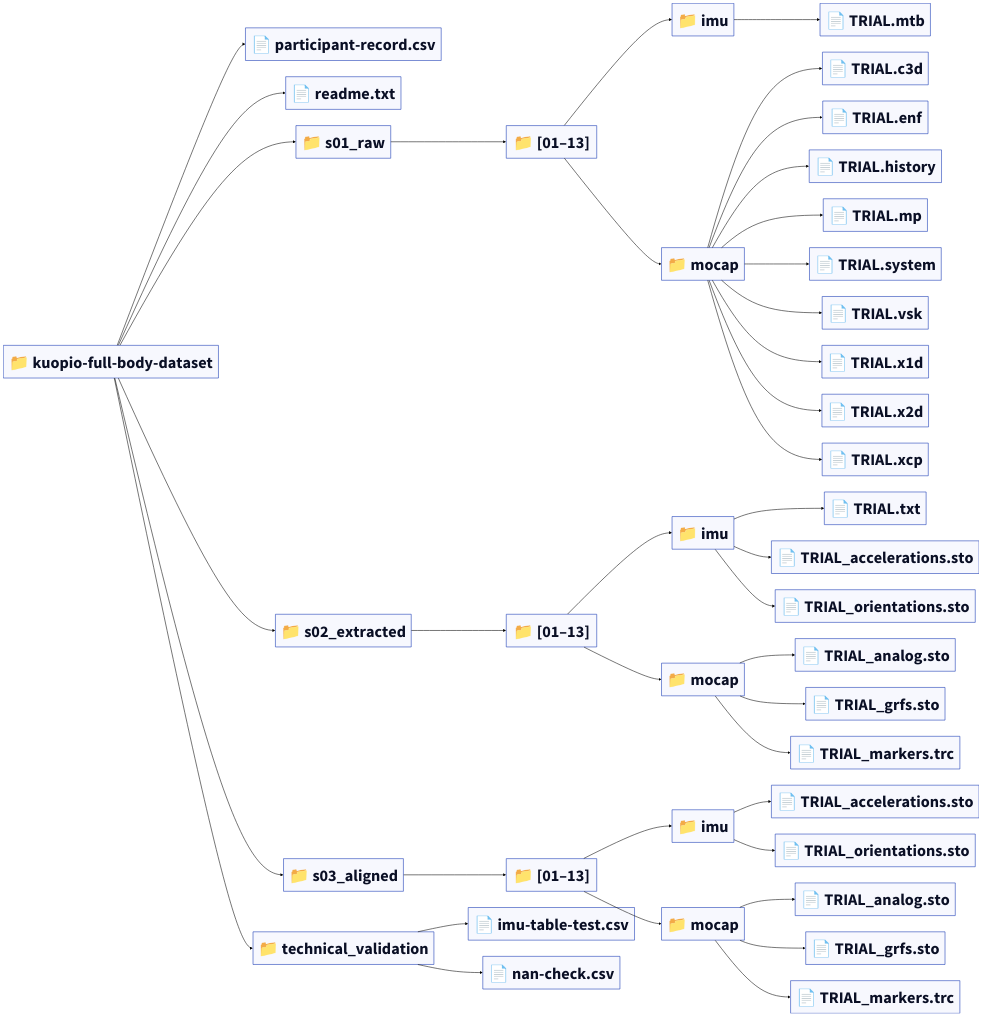
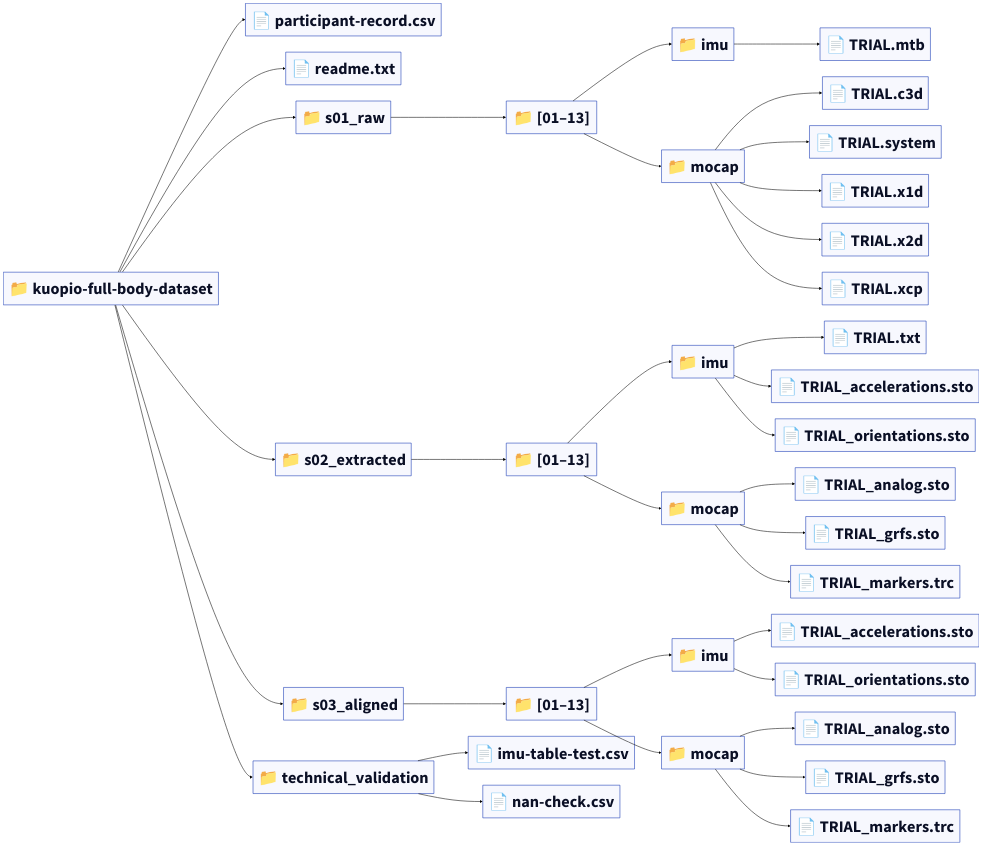
One commit to gateway240/kuopio-full-body-processing changed the diagram in dataset_graph.d2. Above: the diagram before and after it, drawn with D2. The commit also changed 3 other files, not shown here.

Commit message:
Add extension filter for graphing

```diff
--- a/dataset_graph.d2
+++ b/dataset_graph.d2
@@ -1,85 +1,77 @@
 direction: right
 
 **: {
 style.font-size: 60
 }
 (*** -> ***)[*]: {
 style.stroke: black
 }
 kuopio_full_body_dataset: "📁 kuopio-full-body-dataset"
 file_kuopio_full_body_dataset__root__file__participant_record_csv: "📄 participant-record.csv"
 kuopio_full_body_dataset -> file_kuopio_full_body_dataset__root__file__participant_record_csv
 file_kuopio_full_body_dataset__root__file__readme_txt: "📄 readme.txt"
 kuopio_full_body_dataset -> file_kuopio_full_body_dataset__root__file__readme_txt
 kuopio_full_body_dataset__s01_raw: "📁 s01_raw"
 kuopio_full_body_dataset -> kuopio_full_body_dataset__s01_raw
 kuopio_full_body_dataset__s01_raw___01_13_: "📁 [01–13]"
 kuopio_full_body_dataset__s01_raw -> kuopio_full_body_dataset__s01_raw___01_13_
 kuopio_full_body_dataset__s01_raw___01_13___imu: "📁 imu"
 kuopio_full_body_dataset__s01_raw___01_13_ -> kuopio_full_body_dataset__s01_raw___01_13___imu
 file_kuopio_full_body_dataset__s01_raw__participants__imu__TRIAL_mtb: "📄 TRIAL.mtb"
 kuopio_full_body_dataset__s01_raw___01_13___imu -> file_kuopio_full_body_dataset__s01_raw__participants__imu__TRIAL_mtb
 kuopio_full_body_dataset__s01_raw___01_13___mocap: "📁 mocap"
 kuopio_full_body_dataset__s01_raw___01_13_ -> kuopio_full_body_dataset__s01_raw___01_13___mocap
 file_kuopio_full_body_dataset__s01_raw__participants__mocap__TRIAL_c3d: "📄 TRIAL.c3d"
 kuopio_full_body_dataset__s01_raw___01_13___mocap -> file_kuopio_full_body_dataset__s01_raw__participants__mocap__TRIAL_c3d
-file_kuopio_full_body_dataset__s01_raw__participants__mocap__TRIAL_enf: "📄 TRIAL.enf"
-kuopio_full_body_dataset__s01_raw___01_13___mocap -> file_kuopio_full_body_dataset__s01_raw__participants__mocap__TRIAL_enf
-file_kuopio_full_body_dataset__s01_raw__participants__mocap__TRIAL_history: "📄 TRIAL.history"
-kuopio_full_body_dataset__s01_raw___01_13___mocap -> file_kuopio_full_body_dataset__s01_raw__participants__mocap__TRIAL_history
-file_kuopio_full_body_dataset__s01_raw__participants__mocap__TRIAL_mp: "📄 TRIAL.mp"
-kuopio_full_body_dataset__s01_raw___01_13___mocap -> file_kuopio_full_body_dataset__s01_raw__participants__mocap__TRIAL_mp
 file_kuopio_full_body_dataset__s01_raw__participants__mocap__TRIAL_system: "📄 TRIAL.system"
 kuopio_full_body_dataset__s01_raw___01_13___mocap -> file_kuopio_full_body_dataset__s01_raw__participants__mocap__TRIAL_system
-file_kuopio_full_body_dataset__s01_raw__participants__mocap__TRIAL_vsk: "📄 TRIAL.vsk"
-kuopio_full_body_dataset__s01_raw___01_13___mocap -> file_kuopio_full_body_dataset__s01_raw__participants__mocap__TRIAL_vsk
 file_kuopio_full_body_dataset__s01_raw__participants__mocap__TRIAL_x1d: "📄 TRIAL.x1d"
 kuopio_full_body_dataset__s01_raw___01_13___mocap -> file_kuopio_full_body_dataset__s01_raw__participants__mocap__TRIAL_x1d
 file_kuopio_full_body_dataset__s01_raw__participants__mocap__TRIAL_x2d: "📄 TRIAL.x2d"
 kuopio_full_body_dataset__s01_raw___01_13___mocap -> file_kuopio_full_body_dataset__s01_raw__participants__mocap__TRIAL_x2d
 file_kuopio_full_body_dataset__s01_raw__participants__mocap__TRIAL_xcp: "📄 TRIAL.xcp"
 kuopio_full_body_dataset__s01_raw___01_13___mocap -> file_kuopio_full_body_dataset__s01_raw__participants__mocap__TRIAL_xcp
 kuopio_full_body_dataset__s02_extracted: "📁 s02_extracted"
 kuopio_full_body_dataset -> kuopio_full_body_dataset__s02_extracted
 kuopio_full_body_dataset__s02_extracted___01_13_: "📁 [01–13]"
 kuopio_full_body_dataset__s02_extracted -> kuopio_full_body_dataset__s02_extracted___01_13_
 kuopio_full_body_dataset__s02_extracted___01_13___imu: "📁 imu"
 kuopio_full_body_dataset__s02_extracted___01_13_ -> kuopio_full_body_dataset__s02_extracted___01_13___imu
 file_kuopio_full_body_dataset__s02_extracted__participants__imu__TRIAL_txt: "📄 TRIAL.txt"
 kuopio_full_body_dataset__s02_extracted___01_13___imu -> file_kuopio_full_body_dataset__s02_extracted__participants__imu__TRIAL_txt
 file_kuopio_full_body_dataset__s02_extracted__participants__imu__TRIAL_accelerations_sto: "📄 TRIAL_accelerations.sto"
 kuopio_full_body_dataset__s02_extracted___01_13___imu -> file_kuopio_full_body_dataset__s02_extracted__participants__imu__TRIAL_accelerations_sto
 file_kuopio_full_body_dataset__s02_extracted__participants__imu__TRIAL_orientations_sto: "📄 TRIAL_orientations.sto"
 kuopio_full_body_dataset__s02_extracted___01_13___imu -> file_kuopio_full_body_dataset__s02_extracted__participants__imu__TRIAL_orientations_sto
 kuopio_full_body_dataset__s02_extracted___01_13___mocap: "📁 mocap"
 kuopio_full_body_dataset__s02_extracted___01_13_ -> kuopio_full_body_dataset__s02_extracted___01_13___mocap
 file_kuopio_full_body_dataset__s02_extracted__participants__mocap__TRIAL_analog_sto: "📄 TRIAL_analog.sto"
 kuopio_full_body_dataset__s02_extracted___01_13___mocap -> file_kuopio_full_body_dataset__s02_extracted__participants__mocap__TRIAL_analog_sto
 file_kuopio_full_body_dataset__s02_extracted__participants__mocap__TRIAL_grfs_sto: "📄 TRIAL_grfs.sto"
 kuopio_full_body_dataset__s02_extracted___01_13___mocap -> file_kuopio_full_body_dataset__s02_extracted__participants__mocap__TRIAL_grfs_sto
 file_kuopio_full_body_dataset__s02_extracted__participants__mocap__TRIAL_markers_trc: "📄 TRIAL_markers.trc"
 kuopio_full_body_dataset__s02_extracted___01_13___mocap -> file_kuopio_full_body_dataset__s02_extracted__participants__mocap__TRIAL_markers_trc
 kuopio_full_body_dataset__s03_aligned: "📁 s03_aligned"
 kuopio_full_body_dataset -> kuopio_full_body_dataset__s03_aligned
 kuopio_full_body_dataset__s03_aligned___01_13_: "📁 [01–13]"
 kuopio_full_body_dataset__s03_aligned -> kuopio_full_body_dataset__s03_aligned___01_13_
 kuopio_full_body_dataset__s03_aligned___01_13___imu: "📁 imu"
 kuopio_full_body_dataset__s03_aligned___01_13_ -> kuopio_full_body_dataset__s03_aligned___01_13___imu
 file_kuopio_full_body_dataset__s03_aligned__participants__imu__TRIAL_accelerations_sto: "📄 TRIAL_accelerations.sto"
 kuopio_full_body_dataset__s03_aligned___01_13___imu -> file_kuopio_full_body_dataset__s03_aligned__participants__imu__TRIAL_accelerations_sto
 file_kuopio_full_body_dataset__s03_aligned__participants__imu__TRIAL_orientations_sto: "📄 TRIAL_orientations.sto"
 kuopio_full_body_dataset__s03_aligned___01_13___imu -> file_kuopio_full_body_dataset__s03_aligned__participants__imu__TRIAL_orientations_sto
 kuopio_full_body_dataset__s03_aligned___01_13___mocap: "📁 mocap"
 kuopio_full_body_dataset__s03_aligned___01_13_ -> kuopio_full_body_dataset__s03_aligned___01_13___mocap
 file_kuopio_full_body_dataset__s03_aligned__participants__mocap__TRIAL_analog_sto: "📄 TRIAL_analog.sto"
 kuopio_full_body_dataset__s03_aligned___01_13___mocap -> file_kuopio_full_body_dataset__s03_aligned__participants__mocap__TRIAL_analog_sto
 file_kuopio_full_body_dataset__s03_aligned__participants__mocap__TRIAL_grfs_sto: "📄 TRIAL_grfs.sto"
 kuopio_full_body_dataset__s03_aligned___01_13___mocap -> file_kuopio_full_body_dataset__s03_aligned__participants__mocap__TRIAL_grfs_sto
 file_kuopio_full_body_dataset__s03_aligned__participants__mocap__TRIAL_markers_trc: "📄 TRIAL_markers.trc"
 kuopio_full_body_dataset__s03_aligned___01_13___mocap -> file_kuopio_full_body_dataset__s03_aligned__participants__mocap__TRIAL_markers_trc
 kuopio_full_body_dataset__technical_validation: "📁 technical_validation"
 kuopio_full_body_dataset -> kuopio_full_body_dataset__technical_validation
 file_kuopio_full_body_dataset__technical_validation__file__imu_table_test_csv: "📄 imu-table-test.csv"
 kuopio_full_body_dataset__technical_validation -> file_kuopio_full_body_dataset__technical_validation__file__imu_table_test_csv
 file_kuopio_full_body_dataset__technical_validation__file__nan_check_csv: "📄 nan-check.csv"
 kuopio_full_body_dataset__technical_validation -> file_kuopio_full_body_dataset__technical_validation__file__nan_check_csv
```
